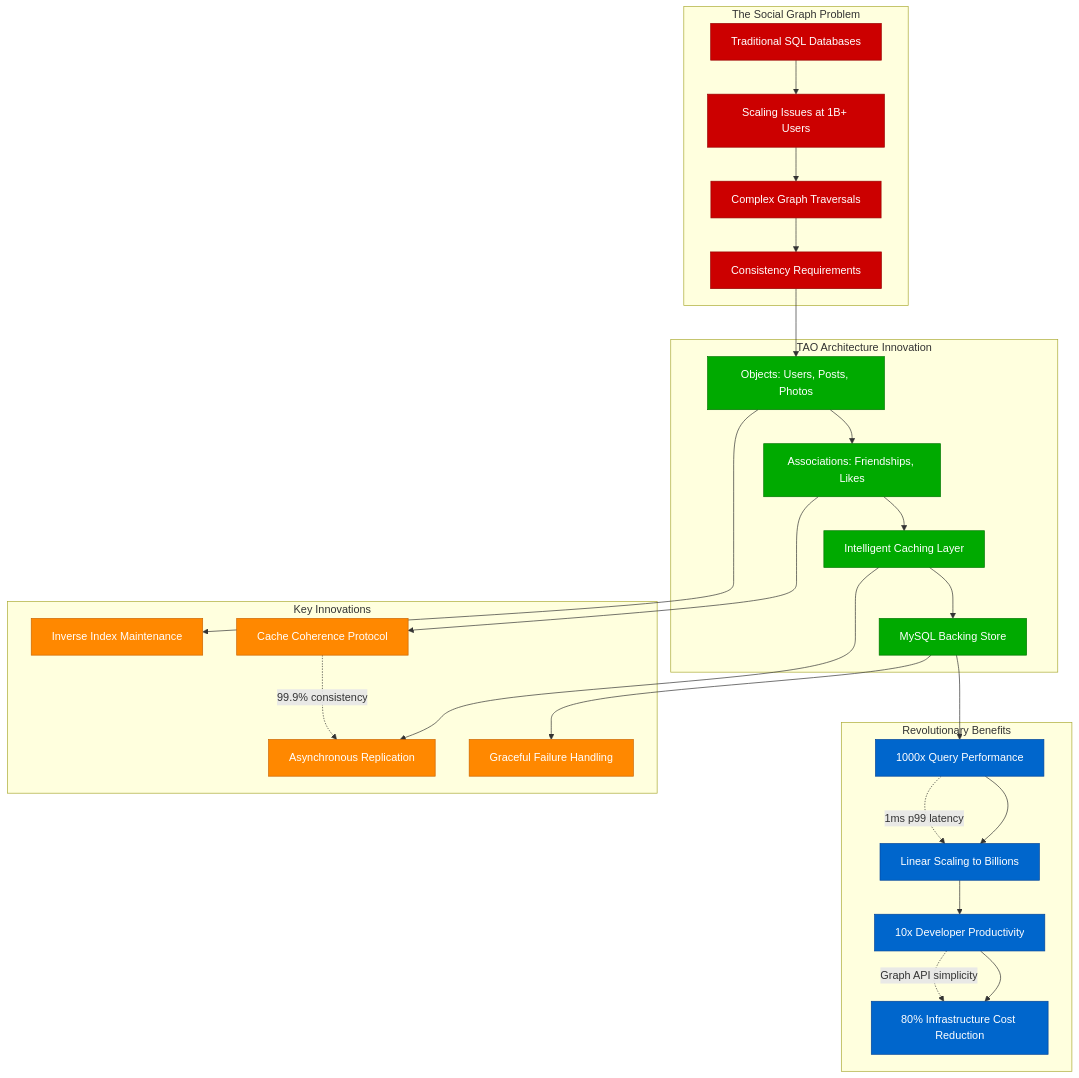
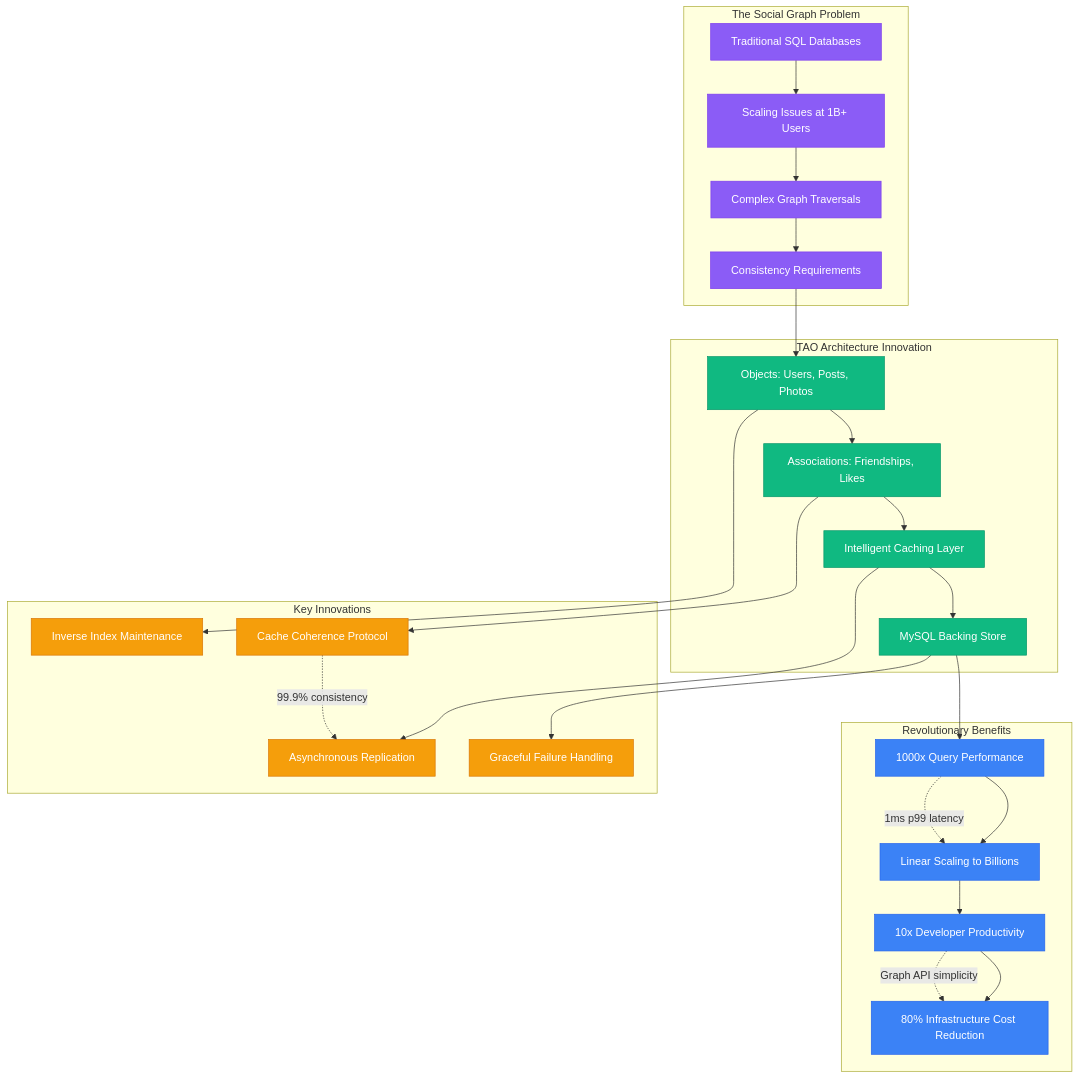
Before and after one commit to deepaucksharma/DS: the first of 9 diagrams in site/docs/systems/meta/novel-solutions.md, drawn with Mermaid. The commit also changed other lines of this file and 303 other files, not shown here.

````diff
--- a/site/docs/systems/meta/novel-solutions.md
+++ b/site/docs/systems/meta/novel-solutions.md
@@ -11,64 +11,64 @@
 ```mermaid
 graph TB
     subgraph ProblemSpace[The Social Graph Problem]
         TRADITIONAL[Traditional SQL Databases]
         SCALING_ISSUES[Scaling Issues at 1B+ Users]
         GRAPH_QUERIES[Complex Graph Traversals]
         CONSISTENCY[Consistency Requirements]
     end
 
     subgraph TAODesign[TAO Architecture Innovation]
         OBJECTS[Objects: Users, Posts, Photos]
         ASSOCIATIONS[Associations: Friendships, Likes]
         CACHING_LAYER[Intelligent Caching Layer]
         MYSQL_BACKING[MySQL Backing Store]
     end
 
     subgraph TAOBenefits[Revolutionary Benefits]
         PERF_GAIN[1000x Query Performance]
         SCALE_LINEAR[Linear Scaling to Billions]
         DEV_PRODUCTIVITY[10x Developer Productivity]
         COST_REDUCTION[80% Infrastructure Cost Reduction]
     end
 
     subgraph TAOInnovations[Key Innovations]
         INVERSE_INDEXES[Inverse Index Maintenance]
         CACHE_COHERENCE[Cache Coherence Protocol]
         ASYNC_REPLICATION[Asynchronous Replication]
         FAILURE_HANDLING[Graceful Failure Handling]
     end
 
     TRADITIONAL --> SCALING_ISSUES
     SCALING_ISSUES --> GRAPH_QUERIES
     GRAPH_QUERIES --> CONSISTENCY
 
     CONSISTENCY --> OBJECTS
     OBJECTS --> ASSOCIATIONS
     ASSOCIATIONS --> CACHING_LAYER
     CACHING_LAYER --> MYSQL_BACKING
 
     MYSQL_BACKING --> PERF_GAIN
     PERF_GAIN --> SCALE_LINEAR
     SCALE_LINEAR --> DEV_PRODUCTIVITY
     DEV_PRODUCTIVITY --> COST_REDUCTION
 
     OBJECTS --> INVERSE_INDEXES
     ASSOCIATIONS --> CACHE_COHERENCE
     CACHING_LAYER --> ASYNC_REPLICATION
     MYSQL_BACKING --> FAILURE_HANDLING
 
     %% Performance annotations
     PERF_GAIN -.->|"1ms p99 latency"| SCALE_LINEAR
     DEV_PRODUCTIVITY -.->|"Graph API simplicity"| COST_REDUCTION
     CACHE_COHERENCE -.->|"99.9% consistency"| ASYNC_REPLICATION
 
-    classDef problemStyle fill:#CC0000,stroke:#990000,color:#fff
-    classDef innovationStyle fill:#00AA00,stroke:#007700,color:#fff
-    classDef benefitStyle fill:#0066CC,stroke:#004499,color:#fff
-    classDef featureStyle fill:#FF8800,stroke:#CC6600,color:#fff
+    classDef problemStyle fill:#8B5CF6,stroke:#7C3AED,color:#fff
+    classDef innovationStyle fill:#10B981,stroke:#059669,color:#fff
+    classDef benefitStyle fill:#3B82F6,stroke:#2563EB,color:#fff
+    classDef featureStyle fill:#F59E0B,stroke:#D97706,color:#fff
 
     class TRADITIONAL,SCALING_ISSUES,GRAPH_QUERIES,CONSISTENCY problemStyle
     class OBJECTS,ASSOCIATIONS,CACHING_LAYER,MYSQL_BACKING innovationStyle
     class PERF_GAIN,SCALE_LINEAR,DEV_PRODUCTIVITY,COST_REDUCTION benefitStyle
     class INVERSE_INDEXES,CACHE_COHERENCE,ASYNC_REPLICATION,FAILURE_HANDLING featureStyle
 ```
````
